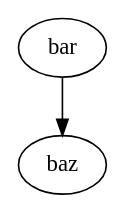
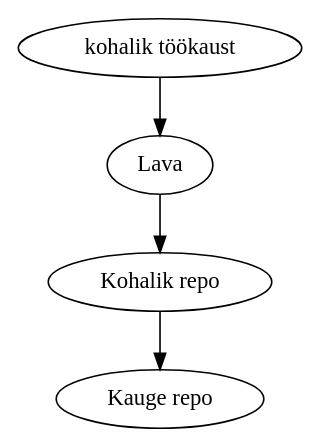
The diagram in docs/sissejuhatus.rst (nemeek/gitijutud), drawn with Graphviz before and after one commit.

Commit message:
sissejuhatuse graafik

```diff
--- a/docs/sissejuhatus.rst
+++ b/docs/sissejuhatus.rst
@@ -6,5 +6,5 @@
 .. graphviz::
    
-   digraph foo {
-   "bar" -> "baz";
+   digraph git {
+   "kohalik töökaust" -> "Lava" -> "Kohalik repo" -> "Kauge repo";
    }
```
